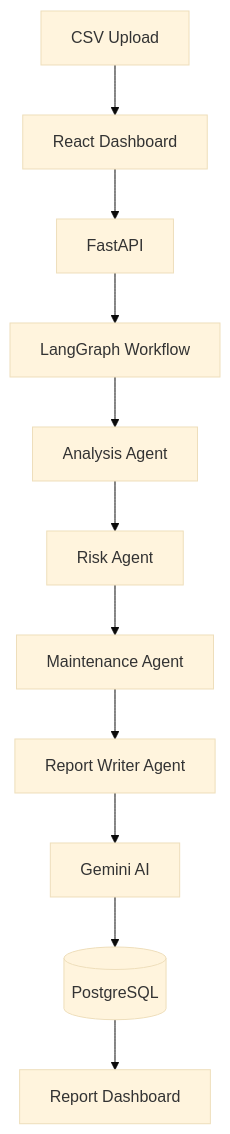
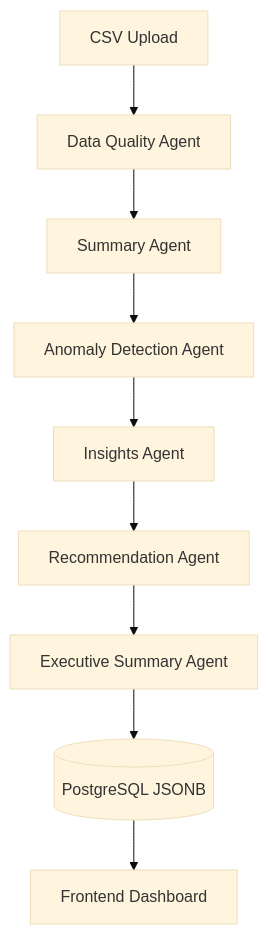
The diagram in README.md (sjeyanth/agentic-data-analyzer), drawn with Mermaid (base theme) before and after one commit. The commit also changed other lines of this file, not shown here.

Commit message:
refactor: update README to enhance clarity and detail on platform capabilities and architecture

````diff
--- a/README.md
+++ b/README.md
@@ -21,13 +26,11 @@
 ```mermaid
 flowchart TD
-    A[CSV Upload] --> B[React Dashboard]
-    B --> C[FastAPI]
-    C --> D[LangGraph Workflow]
-    D --> E[Analysis Agent]
-    E --> F[Risk Agent]
-    F --> G[Maintenance Agent]
-    G --> H[Report Writer Agent]
-    H --> I[Gemini AI]
-    I --> J[(PostgreSQL)]
-    J --> K[Report Dashboard]
+    A[CSV Upload] --> B[Data Quality Agent]
+    B --> C[Summary Agent]
+    C --> D[Anomaly Detection Agent]
+    D --> E[Insights Agent]
+    E --> F[Recommendation Agent]
+    F --> G[Executive Summary Agent]
+    G --> H[(PostgreSQL JSONB)]
+    H --> I[Frontend Dashboard]
 ```
````
